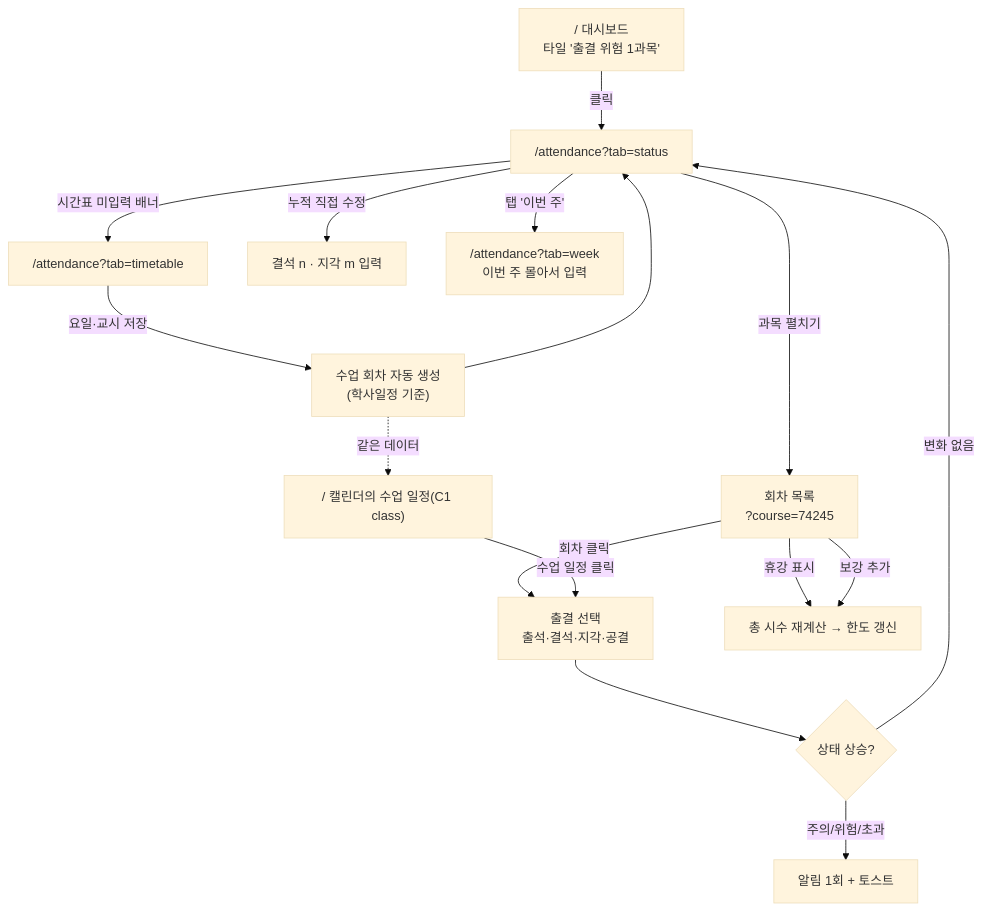
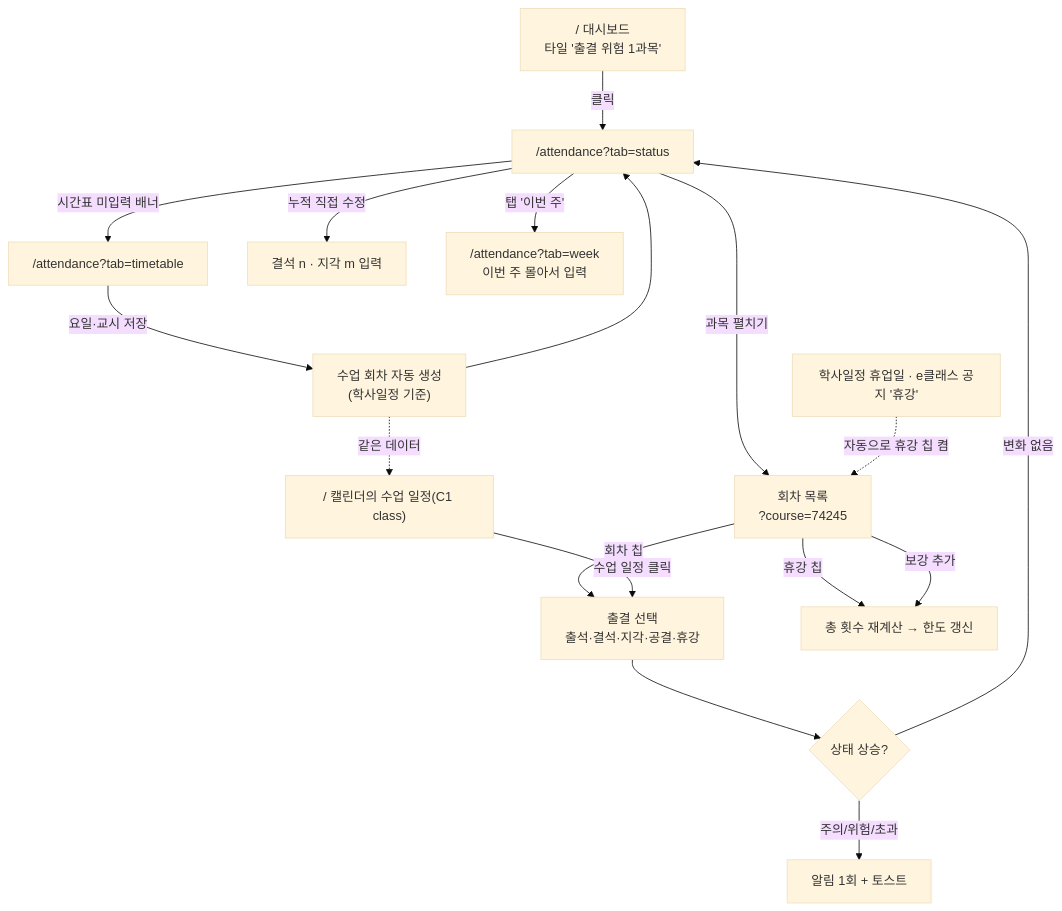
One commit to AIM-Output/26-WE-Meet-Project changed the fifth of 14 diagrams in Frontend-Route.md. Above: the diagram before and after it, drawn with Mermaid (base theme). The commit also changed other lines of this file and 477 other files, not shown here.

````diff
--- a/Frontend-Route.md
+++ b/Frontend-Route.md
@@ -765,18 +780,19 @@
 ```mermaid
 flowchart TD
     A["/ 대시보드<br/>타일 '출결 위험 1과목'"] -->|"클릭"| T["/attendance?tab=status"]
     T -->|"시간표 미입력 배너"| S["/attendance?tab=timetable"]
     S -->|"요일·교시 저장"| GEN["수업 회차 자동 생성<br/>(학사일정 기준)"]
     GEN --> T
     GEN -.->|"같은 데이터"| CAL["/ 캘린더의 수업 일정(C1 class)"]
     T -->|"과목 펼치기"| L["회차 목록<br/>?course=74245"]
-    L -->|"회차 클릭"| M["출결 선택<br/>출석·결석·지각·공결"]
-    L -->|"휴강 표시"| RC["총 시수 재계산 → 한도 갱신"]
+    L -->|"회차 칩"| M["출결 선택<br/>출석·결석·지각·공결·휴강"]
+    L -->|"휴강 칩"| RC["총 횟수 재계산 → 한도 갱신"]
+    AUTO["학사일정 휴업일 · e클래스 공지 '휴강'"] -.->|"자동으로 휴강 칩 켬"| L
     L -->|"보강 추가"| RC
     T -->|"누적 직접 수정"| ADJ["결석 n · 지각 m 입력"]
     T -->|"탭 '이번 주'"| W["/attendance?tab=week<br/>이번 주 몰아서 입력"]
     CAL -->|"수업 일정 클릭"| M
     M --> WARN{"상태 상승?"}
     WARN -->|"주의/위험/초과"| N["알림 1회 + 토스트"]
     WARN -->|"변화 없음"| T
 ```
````
